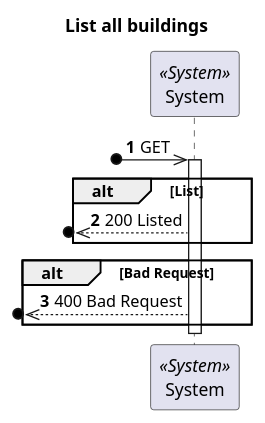
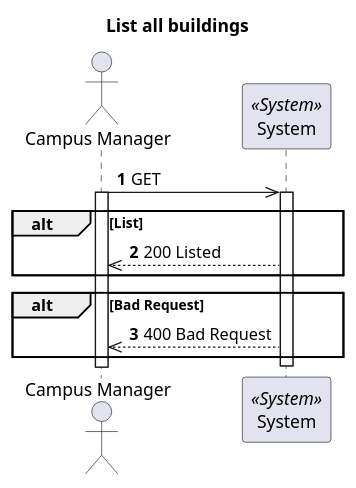
One commit to 1210910/lapr5 changed the diagram in docs/VistaProcesso/US170(1060)/ProcessView_Level1_US170.puml. Above: the diagram before and after it, drawn with PlantUML. The commit also changed 48 other files, not shown here.

```diff
--- a/docs/VistaProcesso/US170(1060)/ProcessView_Level1_US170.puml
+++ b/docs/VistaProcesso/US170(1060)/ProcessView_Level1_US170.puml
@@ -1,23 +1,26 @@
 @startuml
 'https://plantuml.com/sequence-diagram
 
 autonumber
 skinparam packageStyle rect
 
 title List all buildings
 
+actor "Campus Manager" as CM
 participant "System" as Sys <<System>>
 
-?o->> Sys : GET
+CM->> Sys : GET
 
 activate Sys
+activate CM
 alt List
-   ?o<<--Sys : 200 Listed
+   CM<<--Sys : 200 Listed
 end
 alt Bad Request
-   ?o<<--Sys : 400 Bad Request
+   CM<<--Sys : 400 Bad Request
 end
+activate CM
 deactivate Sys
 
 
 @enduml
```
